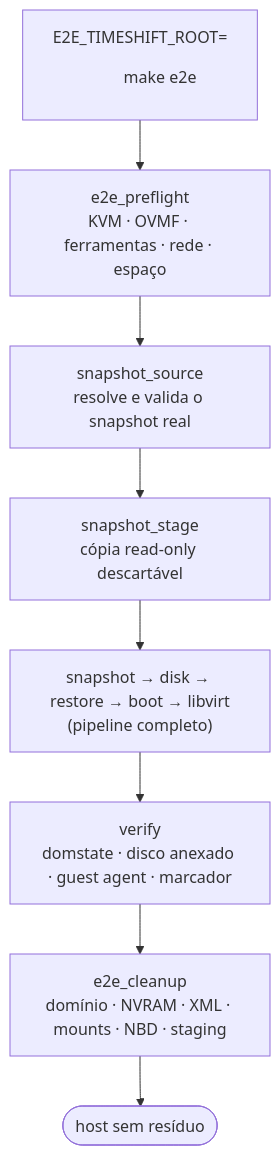
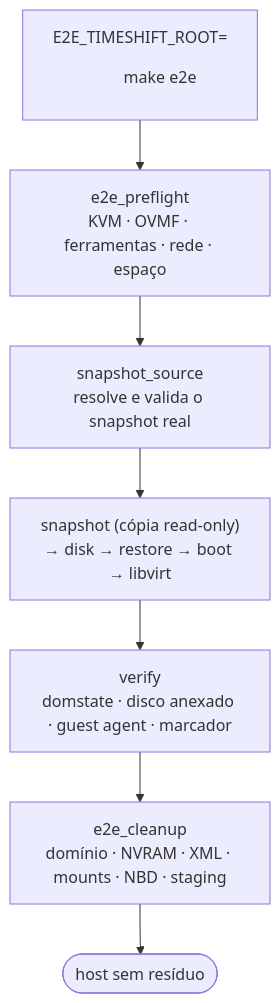
One commit to fabianoflorentino/arch-timeshift-vm changed the second of 2 diagrams in docs/USAGE.md. Above: the diagram before and after it, drawn with Mermaid. The commit also changed other lines of this file and 6 other files, not shown here.

````diff
--- a/docs/USAGE.md
+++ b/docs/USAGE.md
@@ -214,10 +216,9 @@
 ```mermaid
 flowchart TD
     E["E2E_TIMESHIFT_ROOT=<dir> make e2e"] --> PF["e2e_preflight<br/>KVM · OVMF · ferramentas · rede · espaço"]
     PF --> SS["snapshot_source<br/>resolve e valida o snapshot real"]
-    SS --> SG["snapshot_stage<br/>cópia read-only descartável"]
-    SG --> PIPE["snapshot → disk → restore → boot → libvirt<br/>(pipeline completo)"]
+    SS --> PIPE["snapshot (cópia read-only)<br/>→ disk → restore → boot → libvirt"]
     PIPE --> VF["verify<br/>domstate · disco anexado · guest agent · marcador"]
     VF --> CL["e2e_cleanup<br/>domínio · NVRAM · XML · mounts · NBD · staging"]
     CL --> Z(["host sem resíduo"])
 ```
````
